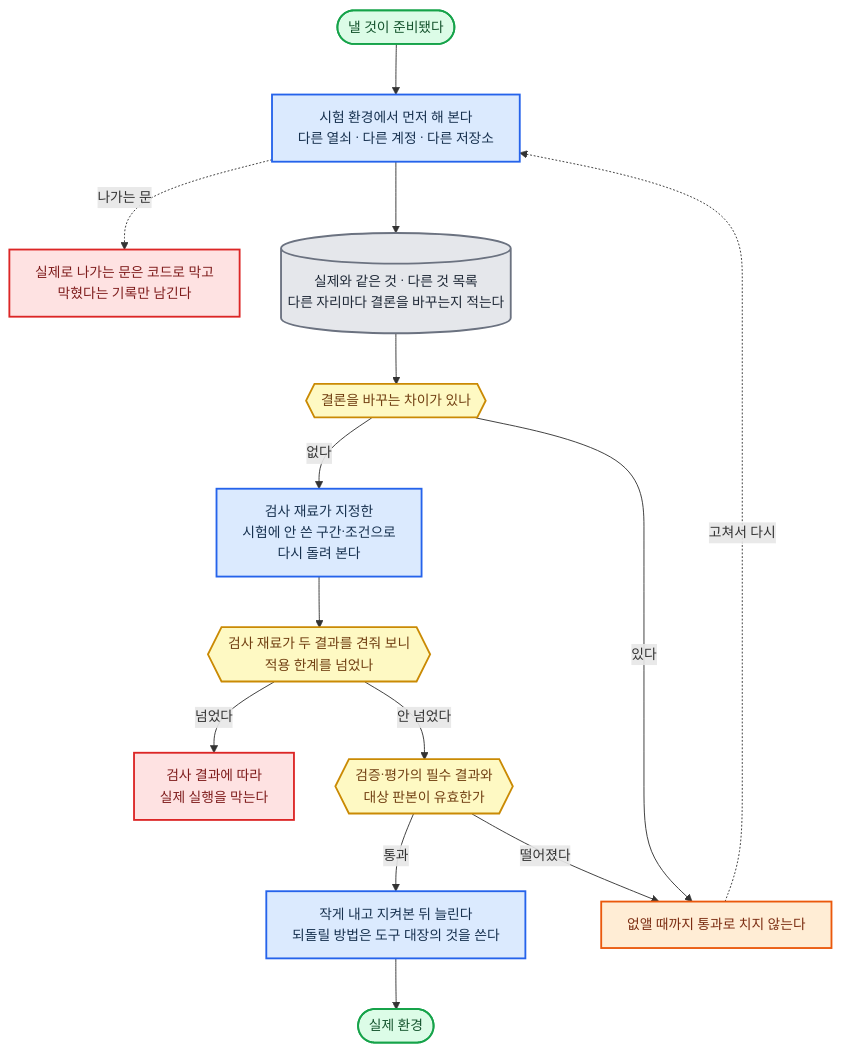
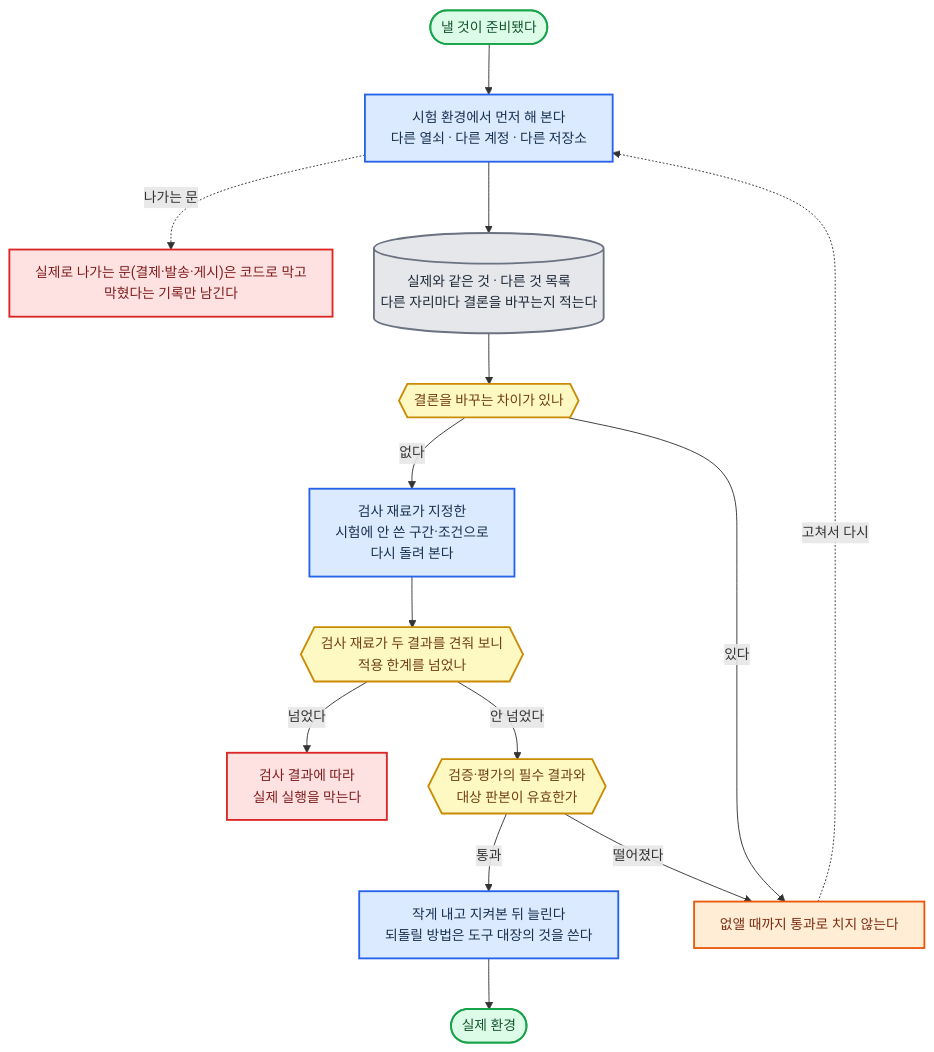
One commit to harisbaguette/expert changed the seventh of 15 diagrams in 전문가 에이전트 정의 2.md. Above: the diagram before and after it, drawn with Mermaid. The commit also changed other lines of this file, not shown here.

````diff
--- a/전문가 에이전트 정의 2.md
+++ b/전문가 에이전트 정의 2.md
@@ -1347,35 +1250,35 @@
 ```mermaid
 %%{init: {"flowchart": {"wrappingWidth": 640, "curve": "basis", "nodeSpacing": 45, "rankSpacing": 55, "padding": 14, "useMaxWidth": true}, "themeVariables": {"fontSize": "15px"}} }%%
 flowchart TB
     PLAN(["낼 것이 준비됐다"]):::good
     SAND["시험 환경에서 먼저 해 본다<br/>다른 열쇠 · 다른 계정 · 다른 저장소"]:::main
-    GATE["실제로 나가는 문은 코드로 막고<br/>막혔다는 기록만 남긴다"]:::stop
+    GATE["실제로 나가는 문(결제·발송·게시)은 코드로 막고<br/>막혔다는 기록만 남긴다"]:::stop
     LIST[("실제와 같은 것 · 다른 것 목록<br/>다른 자리마다 결론을 바꾸는지 적는다")]:::store
     Q1{{"결론을 바꾸는 차이가 있나"}}:::note
     FIX["없앨 때까지 통과로 치지 않는다"]:::back
     OOS["검사 재료가 지정한<br/>시험에 안 쓴 구간·조건으로<br/>다시 돌려 본다"]:::main
     Q2{{"검사 재료가 두 결과를 견줘 보니<br/>적용 한계를 넘었나"}}:::note
     DROPB["검사 결과에 따라<br/>실제 실행을 막는다"]:::stop
     JUDGE{{"검증·평가의 필수 결과와<br/>대상 판본이 유효한가"}}:::note
     SMALL["작게 내고 지켜본 뒤 늘린다<br/>되돌릴 방법은 도구 대장의 것을 쓴다"]:::main
     REAL(["실제 환경"]):::good
     SAND -. "나가는 문" .-> GATE
     FIX -. "고쳐서 다시" .-> SAND
     PLAN --> SAND
     SAND --> LIST
     LIST --> Q1
     Q1 -- "없다" --> OOS
     Q1 -- "있다" --> FIX
     OOS --> Q2
     Q2 -- "넘었다" --> DROPB
     Q2 -- "안 넘었다" --> JUDGE
     JUDGE -- "통과" --> SMALL
     JUDGE -- "떨어졌다" --> FIX
     SMALL --> REAL
     classDef main fill:#dbeafe,stroke:#2563eb,stroke-width:2px,color:#17314f
     classDef stop fill:#fee2e2,stroke:#dc2626,stroke-width:2px,color:#7f1d1d
     classDef back fill:#ffedd5,stroke:#ea580c,stroke-width:2px,color:#7c2d12
     classDef store fill:#e5e7eb,stroke:#6b7280,stroke-width:2px,color:#1f2937
     classDef good fill:#dcfce7,stroke:#16a34a,stroke-width:2px,color:#14532d
     classDef note fill:#fef9c3,stroke:#ca8a04,stroke-width:2px,color:#713f12
 ```
````
